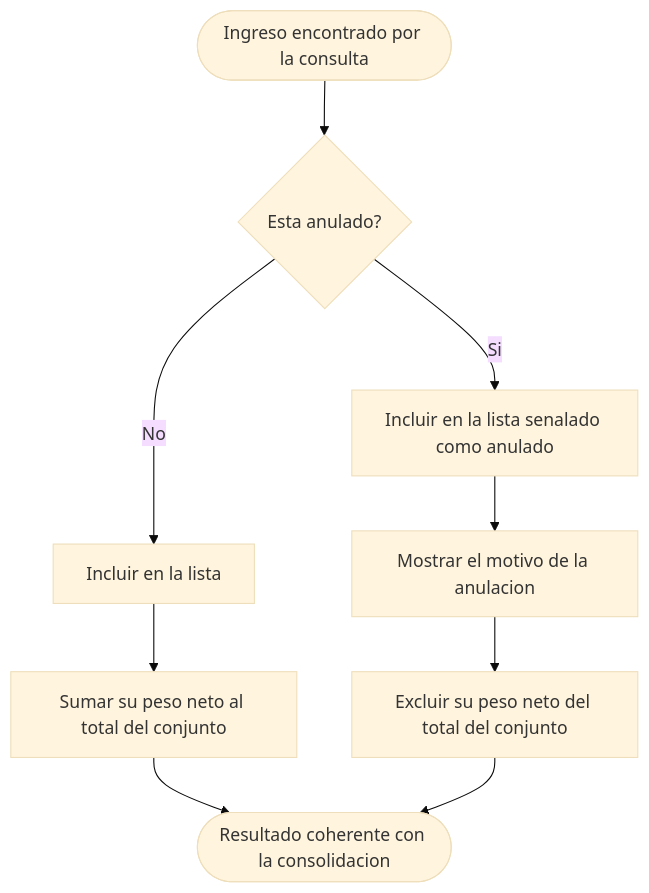
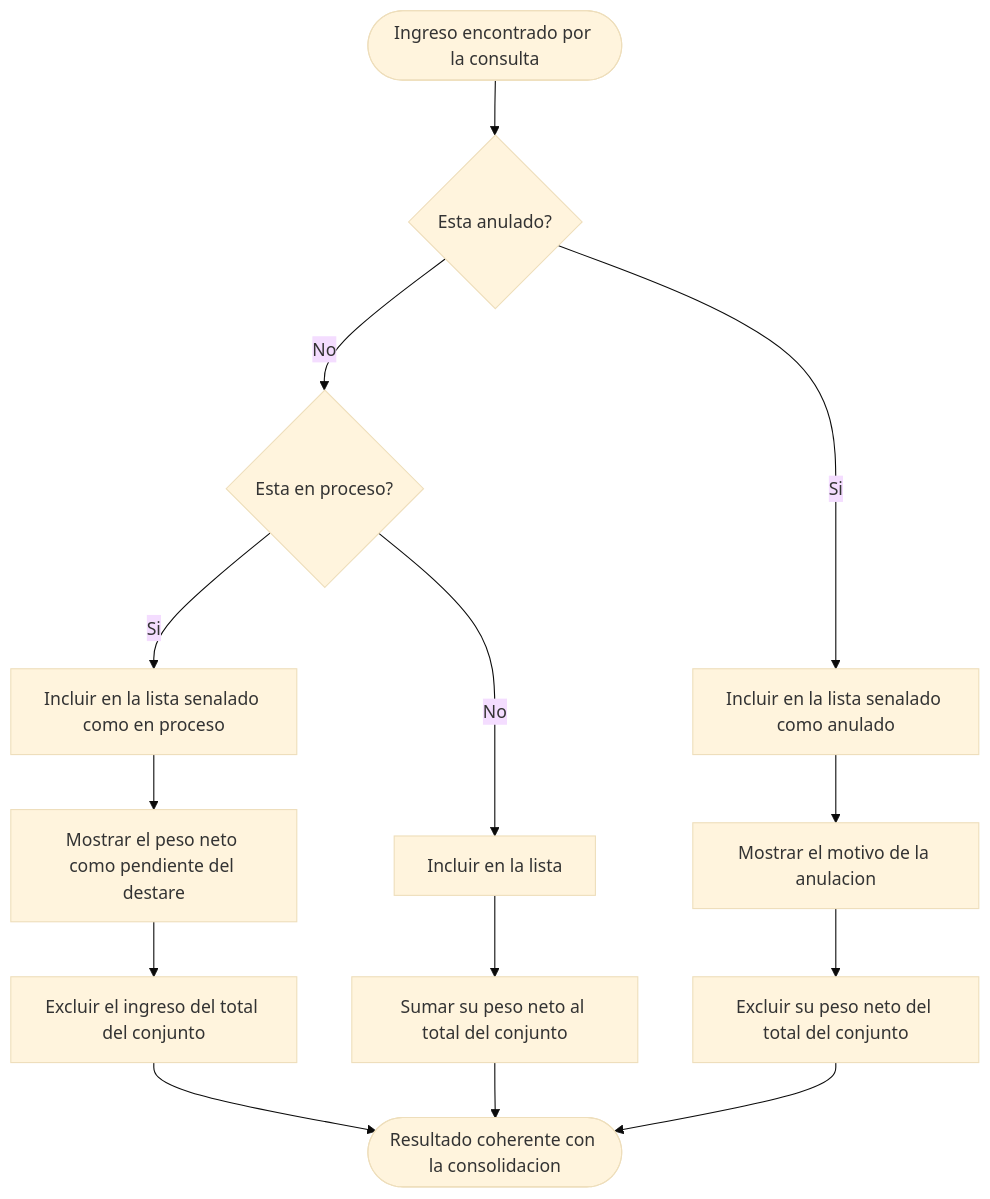
One commit to adlerOmonte1/LogisticaMinera changed the third of 3 diagrams in docs/modulos/M07-consulta/diagramas/actividades.md. Above: the diagram before and after it, drawn with Mermaid (base theme). The commit also changed other lines of this file and 91 other files, not shown here.

First line of the commit message:
docs(reformulacion): Aplica el formato real del ticket y el destare

````diff
--- a/docs/modulos/M07-consulta/diagramas/actividades.md
+++ b/docs/modulos/M07-consulta/diagramas/actividades.md
@@ -49,11 +49,16 @@
 ```mermaid
 flowchart TD
     I([Ingreso encontrado por la consulta]) --> D1{Esta anulado?}
-    D1 -->|No| A1[Incluir en la lista]
+    D1 -->|No| D2{Esta en proceso?}
+    D2 -->|Si| P1[Incluir en la lista senalado como en proceso]
+    P1 --> P2[Mostrar el peso neto como pendiente del destare]
+    P2 --> P3[Excluir el ingreso del total del conjunto]
+    P3 --> F
+    D2 -->|No| A1[Incluir en la lista]
     A1 --> A2[Sumar su peso neto al total del conjunto]
     D1 -->|Si| A3[Incluir en la lista senalado como anulado]
     A3 --> A4[Mostrar el motivo de la anulacion]
     A4 --> A5[Excluir su peso neto del total del conjunto]
     A2 --> F([Resultado coherente con la consolidacion])
     A5 --> F
 ```
````
